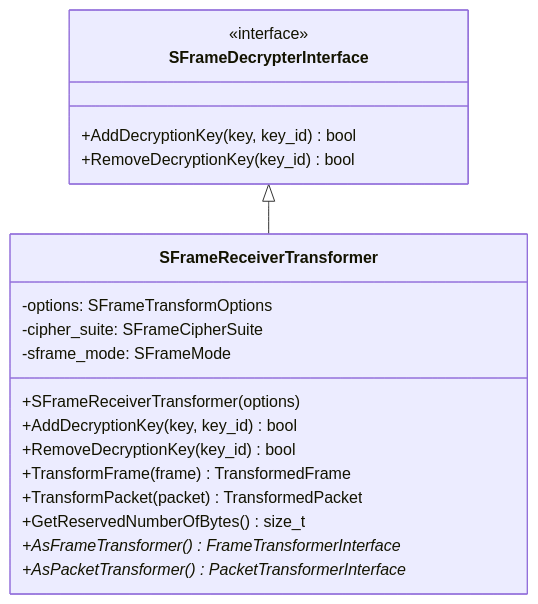
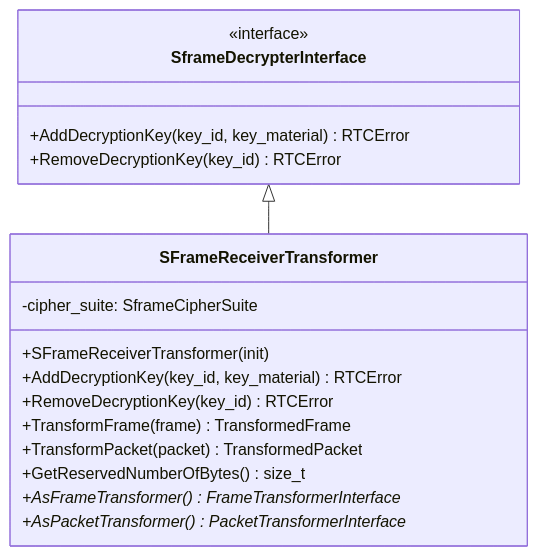
One commit to webex/webrtc-sframe changed the eighth of 20 diagrams in README.md. Above: the diagram before and after it, drawn with Mermaid. The commit also changed other lines of this file and 1 other file, not shown here.

````diff
--- a/README.md
+++ b/README.md
@@ -324,24 +283,22 @@
 ```mermaid
 classDiagram
-    class SFrameDecrypterInterface {
+    class SframeDecrypterInterface {
         <<interface>>
-        +AddDecryptionKey(key, key_id) bool
-        +RemoveDecryptionKey(key_id) bool
+        +AddDecryptionKey(key_id, key_material) RTCError
+        +RemoveDecryptionKey(key_id) RTCError
     }
     
     class SFrameReceiverTransformer {
-        -options: SFrameTransformOptions
-        -cipher_suite: SFrameCipherSuite
-        -sframe_mode: SFrameMode
-        +SFrameReceiverTransformer(options)
-        +AddDecryptionKey(key, key_id) bool
-        +RemoveDecryptionKey(key_id) bool
+        -cipher_suite: SframeCipherSuite
+        +SFrameReceiverTransformer(init)
+        +AddDecryptionKey(key_id, key_material) RTCError
+        +RemoveDecryptionKey(key_id) RTCError
         +TransformFrame(frame) TransformedFrame
         +TransformPacket(packet) TransformedPacket
         +GetReservedNumberOfBytes() size_t
         +AsFrameTransformer() FrameTransformerInterface*
         +AsPacketTransformer() PacketTransformerInterface*
     }
     
-    SFrameDecrypterInterface <|-- SFrameReceiverTransformer
+    SframeDecrypterInterface <|-- SFrameReceiverTransformer
 ```
````
